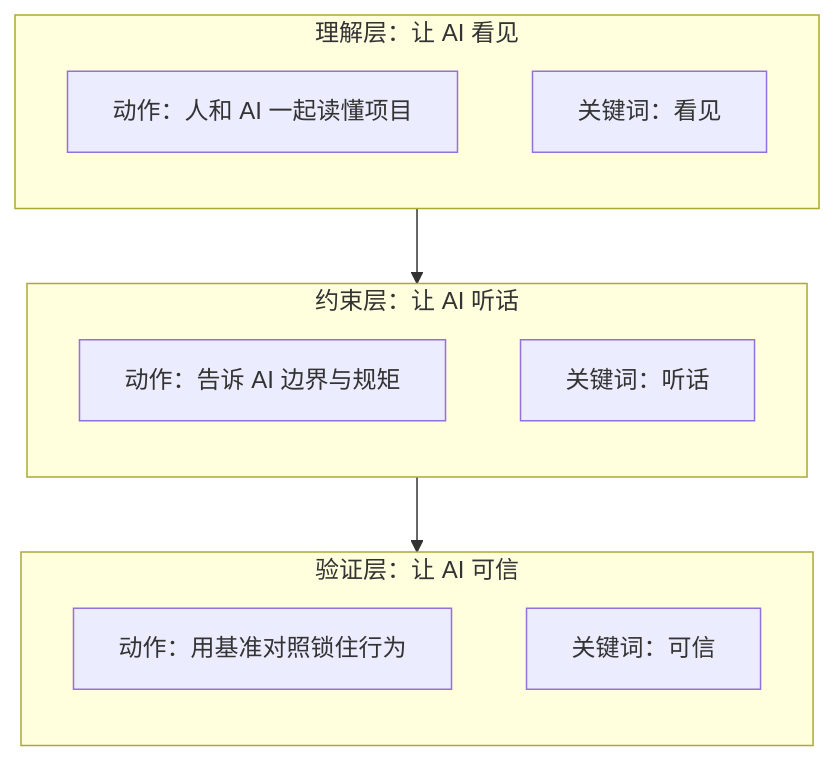
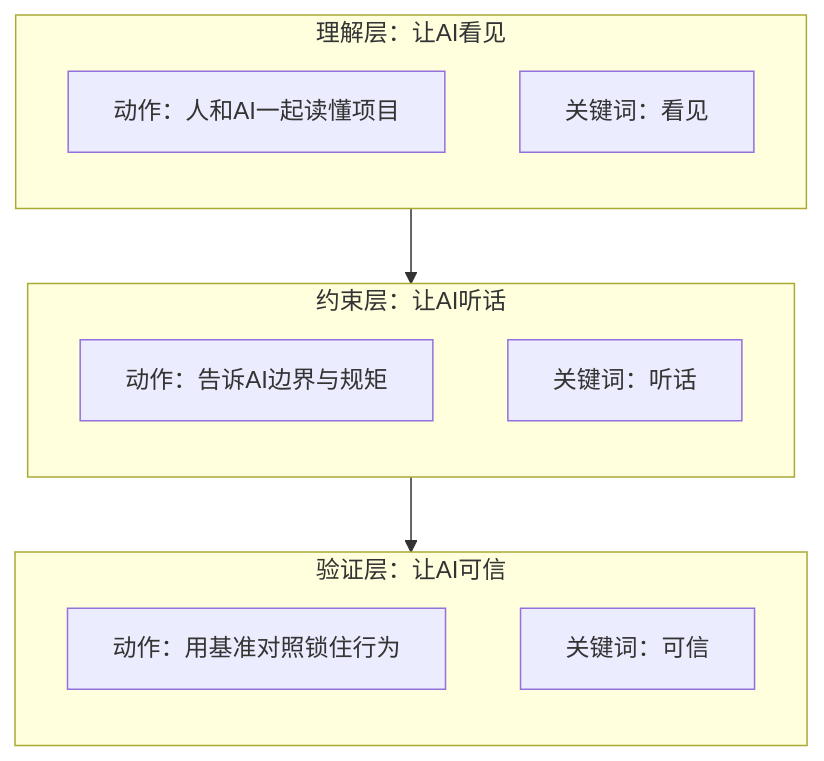
The first of 3 diagrams in _posts/2026-07-04-aicmigr-00-opening-00-migration-intro.md (fangkun119/tech-page), drawn with Mermaid before and after one commit. The commit also changed other lines of this file and 839 other files, not shown here.

````diff
--- a/_posts/2026-07-04-aicmigr-00-opening-00-migration-intro.md
+++ b/_posts/2026-07-04-aicmigr-00-opening-00-migration-intro.md
@@ -265,19 +163,19 @@
 ```mermaid
 flowchart TB
-    subgraph L1["理解层：让 AI 看见"]
+    subgraph L1["理解层：让AI看见"]
         direction TB
-        A1["动作：人和 AI 一起读懂项目"]
+        A1["动作：人和AI一起读懂项目"]
         A2["关键词：看见"]
     end
-    subgraph L2["约束层：让 AI 听话"]
+    subgraph L2["约束层：让AI听话"]
         direction TB
-        B1["动作：告诉 AI 边界与规矩"]
+        B1["动作：告诉AI边界与规矩"]
         B2["关键词：听话"]
     end
-    subgraph L3["验证层：让 AI 可信"]
+    subgraph L3["验证层：让AI可信"]
         direction TB
         C1["动作：用基准对照锁住行为"]
         C2["关键词：可信"]
     end
     L1 --> L2 --> L3
 ```
````
